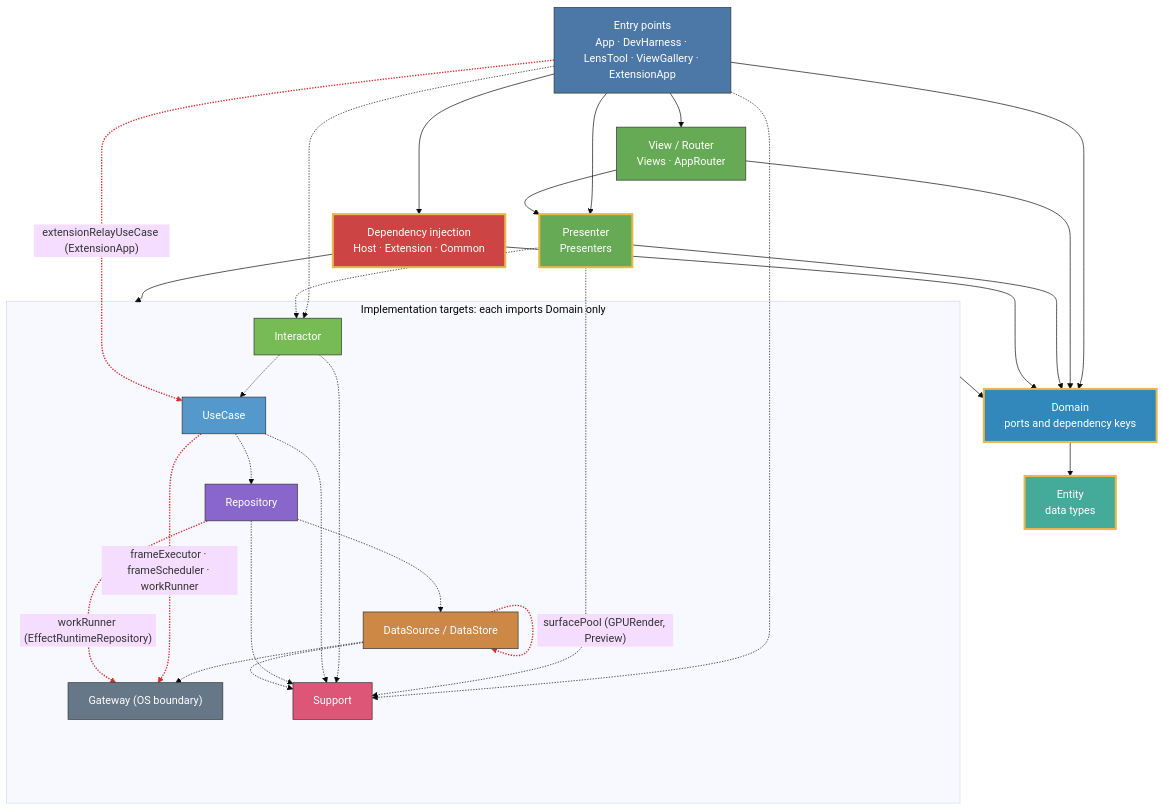
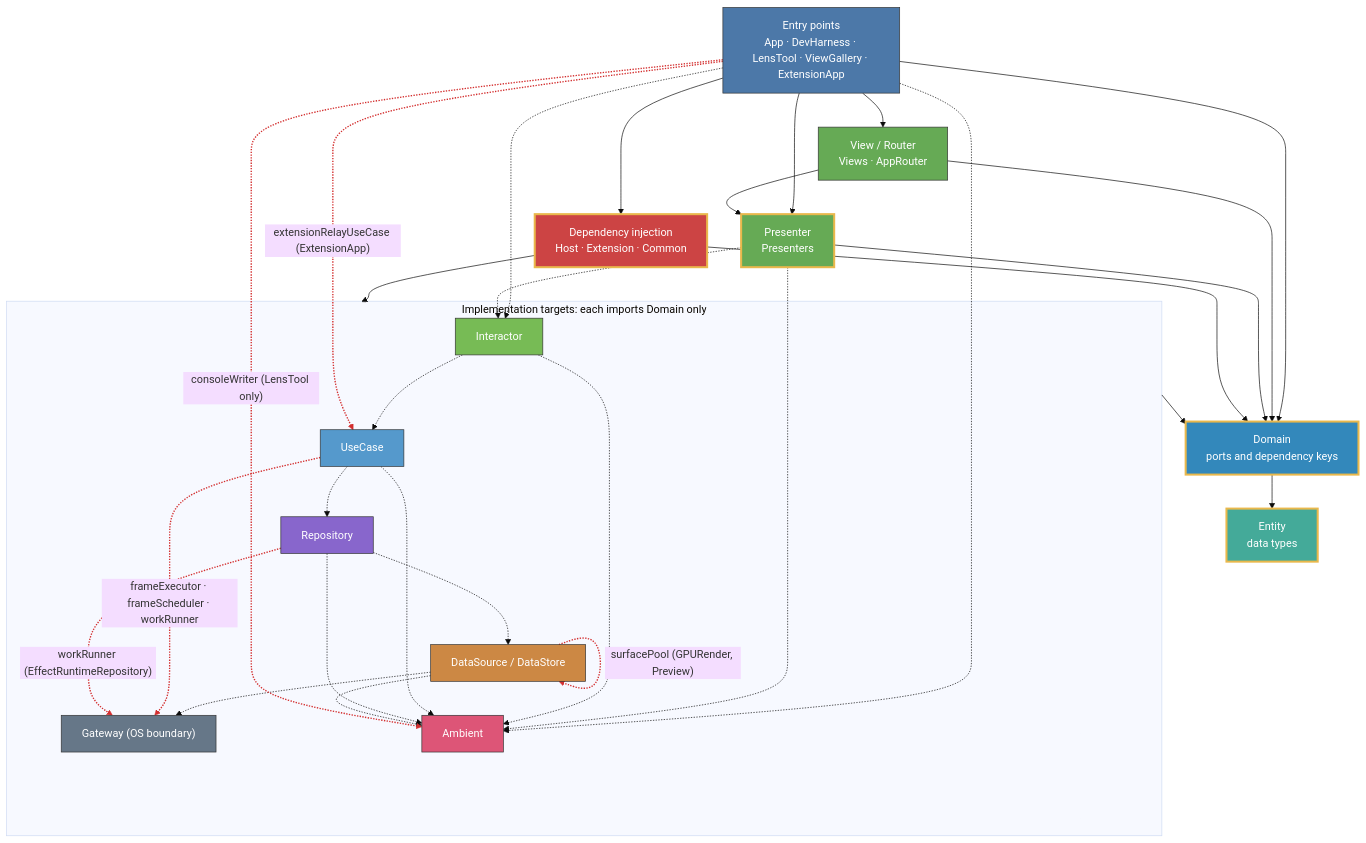
Before and after one commit to GeneralD/mirage: the first of 9 diagrams in docs/ARCHITECTURE.md, drawn with Mermaid (base theme). The commit also changed other lines of this file and 7 other files, not shown here.

First line of the commit message:
docs(architecture): generate the module diagrams from the package and the lint

````diff
--- a/docs/ARCHITECTURE.md
+++ b/docs/ARCHITECTURE.md
@@ -21,60 +21,61 @@
 ```mermaid
 graph TD
   Entry["Entry points<br/>App · DevHarness · LensTool · ViewGallery · ExtensionApp"]:::entry
   View["View / Router<br/>Views · AppRouter"]:::view
   Pres["Presenter<br/>Presenters"]:::pres
   DI["Dependency injection<br/>Host · Extension · Common"]:::di
   subgraph Impl["Implementation targets: each imports Domain only"]
     Inter["Interactor"]:::int
     UC["UseCase"]:::uc
     Repo["Repository"]:::repo
     DS["DataSource / DataStore"]:::ds
     GW["Gateway (OS boundary)"]:::gw
-    Sup["Support"]:::sup
+    Amb["Ambient"]:::amb
   end
   Domain["Domain<br/>ports and dependency keys"]:::domain
   Entity["Entity<br/>data types"]:::entity
 
   Entry --> View
   Entry --> Pres
   Entry --> DI
   View --> Pres
   DI --> Impl
   Entry --> Domain
   View --> Domain
   Pres --> Domain
   DI --> Domain
   Impl --> Domain
   Domain --> Entity
 
   Entry -.-> Inter
   Pres -.-> Inter
   Inter -.-> UC
   UC -.-> Repo
   Repo -.-> DS
   DS -.-> GW
-  Entry -.-> Sup
-  Pres -.-> Sup
-  Inter -.-> Sup
-  UC -.-> Sup
-  Repo -.-> Sup
-  DS -.-> Sup
+  Entry -.-> Amb
+  Pres -.-> Amb
+  Inter -.-> Amb
+  UC -.-> Amb
+  Repo -.-> Amb
+  DS -.-> Amb
   Entry -.->|"extensionRelayUseCase (ExtensionApp)"| UC
   UC -.->|"frameExecutor · frameScheduler · workRunner"| GW
   Repo -.->|"workRunner (EffectRuntimeRepository)"| GW
   DS -.->|"surfacePool (GPURender, Preview)"| DS
+  Entry -.->|"consoleWriter (LensTool only)"| Amb
 
   classDef entry fill:#4c78a8,stroke:#333,color:#fff
   classDef view fill:#6a5,stroke:#333,color:#fff
   classDef pres fill:#6a5,stroke:#E9B84C,stroke-width:3px,color:#fff
   classDef di fill:#c44,stroke:#E9B84C,stroke-width:3px,color:#fff
   classDef int fill:#7b5,stroke:#333,color:#fff
   classDef uc fill:#59c,stroke:#333,color:#fff
   classDef repo fill:#86c,stroke:#333,color:#fff
   classDef ds fill:#c84,stroke:#333,color:#fff
   classDef gw fill:#678,stroke:#333,color:#fff
-  classDef sup fill:#d57,stroke:#333,color:#fff
+  classDef amb fill:#d57,stroke:#333,color:#fff
   classDef domain fill:#38b,stroke:#E9B84C,stroke-width:3px,color:#fff
   classDef entity fill:#4a9,stroke:#E9B84C,stroke-width:3px,color:#fff
-  linkStyle 23,24,25,26 stroke:#d32f2f,stroke-width:2px
+  linkStyle 23,24,25,26,27 stroke:#d32f2f,stroke-width:2px
 ```
````
